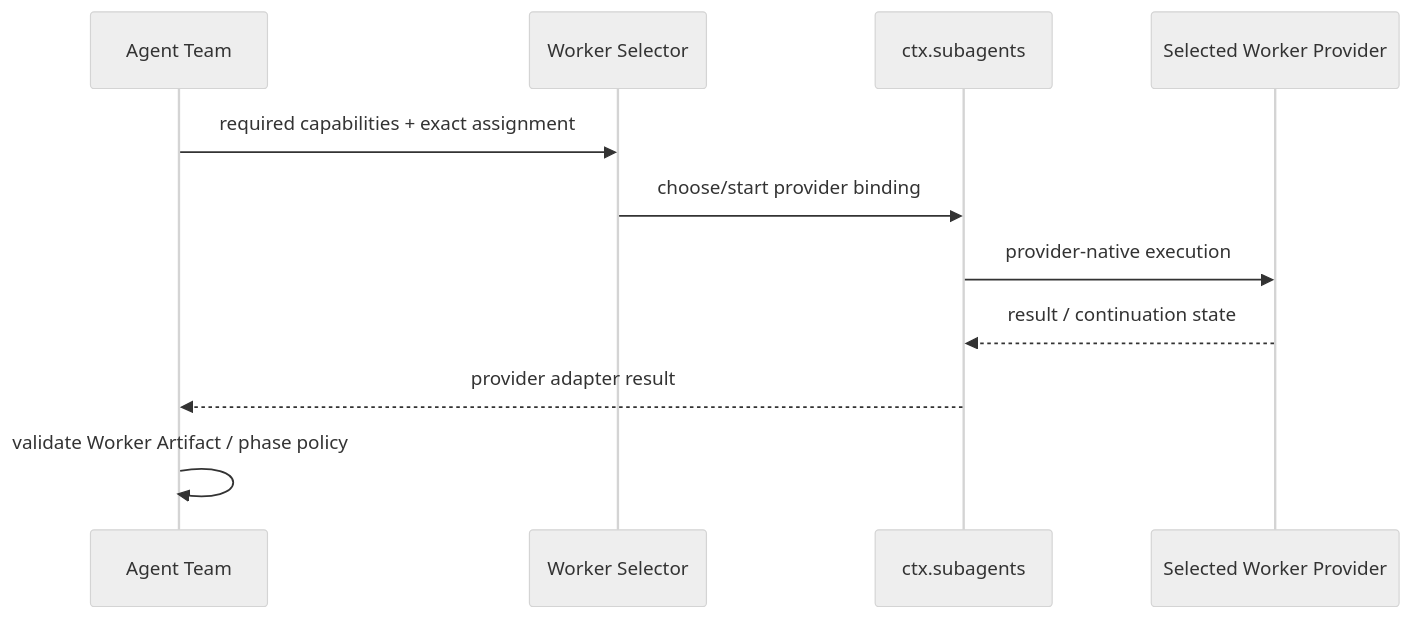
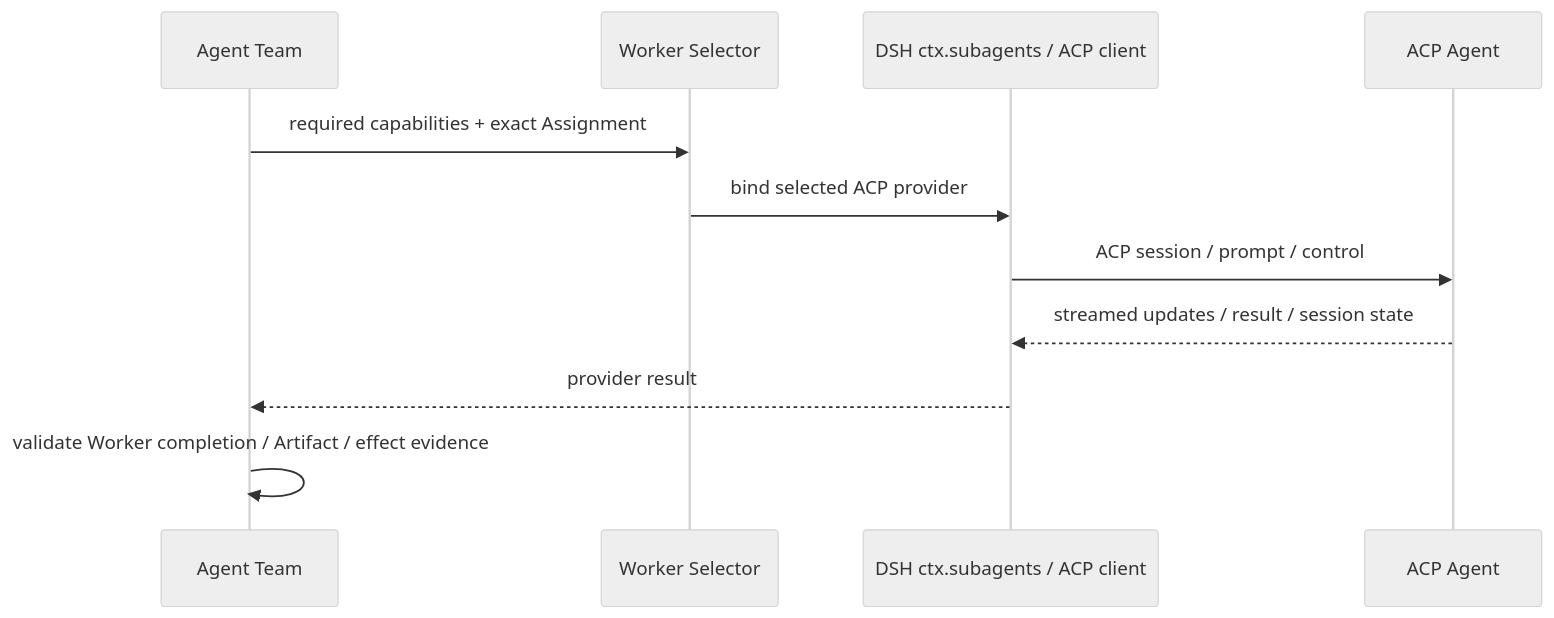
Before and after one commit to tsuuanmi/AgentOS: the first of 4 diagrams in docs/architecture/agent-communication.md, drawn with Mermaid (neutral theme). The commit also changed other lines of this file, not shown here.

Commit message:
docs: make A2A and ACP canonical communication boundaries

```diff
--- a/docs/architecture/agent-communication.md
+++ b/docs/architecture/agent-communication.md
@@ -136,14 +126,14 @@
 ~~~mermaid
 sequenceDiagram
     participant T as Agent Team
     participant S as Worker Selector
-    participant P as ctx.subagents
-    participant W as Selected Worker Provider
+    participant P as DSH ctx.subagents / ACP client
+    participant W as ACP Agent
 
-    T->>S: required capabilities + exact assignment
-    S->>P: choose/start provider binding
-    P->>W: provider-native execution
-    W-->>P: result / continuation state
-    P-->>T: provider adapter result
-    T->>T: validate Worker Artifact / phase policy
+    T->>S: required capabilities + exact Assignment
+    S->>P: bind selected ACP provider
+    P->>W: ACP session / prompt / control
+    W-->>P: streamed updates / result / session state
+    P-->>T: provider result
+    T->>T: validate Worker completion / Artifact / effect evidence
 ~~~
```
